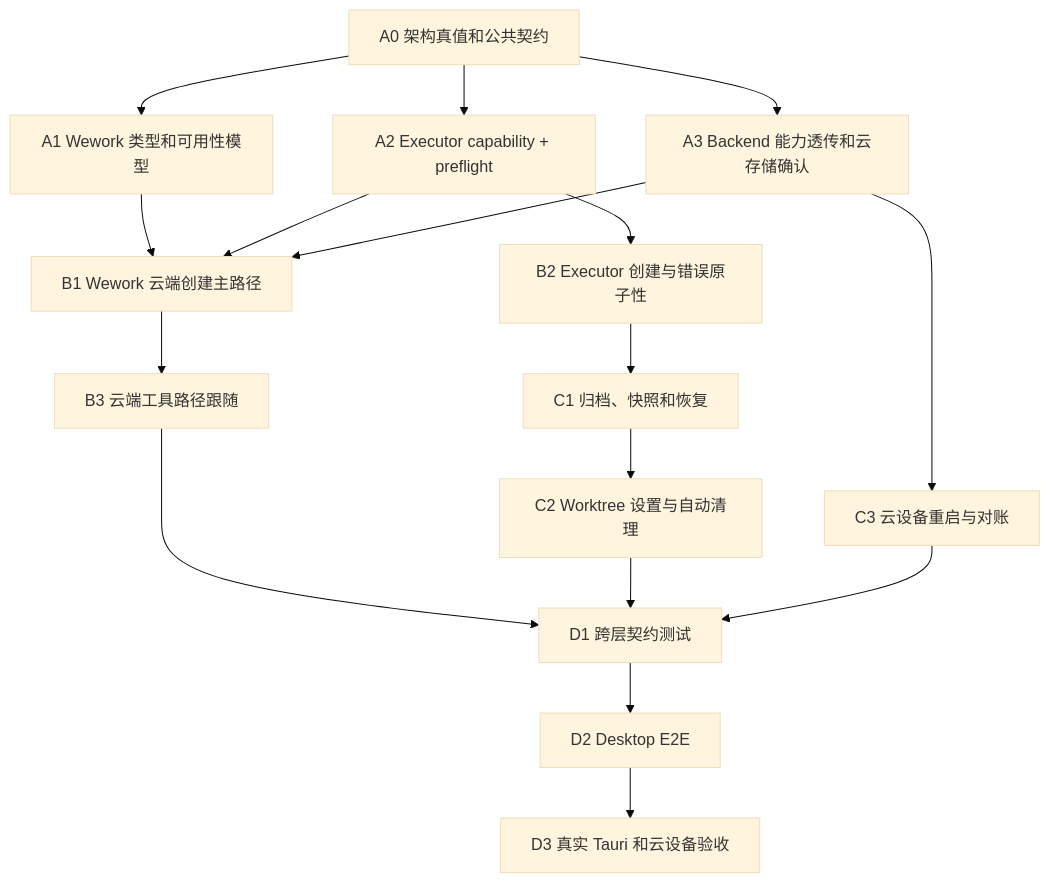
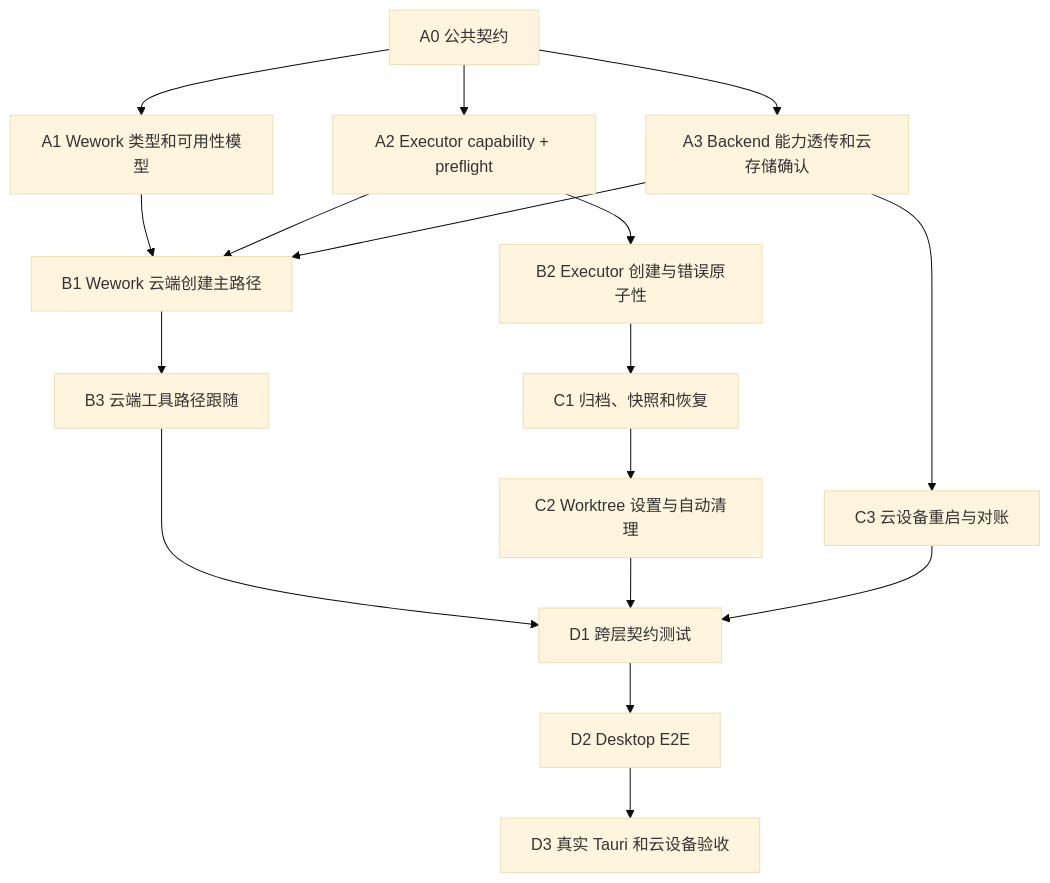
The second of 2 diagrams in i18n/zh/docusaurus-plugin-content-docs/current/wework/developer-guide/wework-cloud-git-worktree-parallel-development-plan.md (wecode-ai/wegent-docs), drawn with Mermaid (base theme) before and after one commit. The commit also changed other lines of this file and 47 other files, not shown here.

````diff
--- a/i18n/zh/docusaurus-plugin-content-docs/current/wework/developer-guide/wework-cloud-git-worktree-parallel-development-plan.md
+++ b/i18n/zh/docusaurus-plugin-content-docs/current/wework/developer-guide/wework-cloud-git-worktree-parallel-development-plan.md
@@ -140,36 +136,36 @@
 ```mermaid
 flowchart TD
-  A0["A0 架构真值和公共契约"]
+  A0["A0 公共契约"]
   A1["A1 Wework 类型和可用性模型"]
   A2["A2 Executor capability + preflight"]
   A3["A3 Backend 能力透传和云存储确认"]
 
   B1["B1 Wework 云端创建主路径"]
   B2["B2 Executor 创建与错误原子性"]
   B3["B3 云端工具路径跟随"]
 
   C1["C1 归档、快照和恢复"]
   C2["C2 Worktree 设置与自动清理"]
   C3["C3 云设备重启与对账"]
 
   D1["D1 跨层契约测试"]
   D2["D2 Desktop E2E"]
   D3["D3 真实 Tauri 和云设备验收"]
 
   A0 --> A1
   A0 --> A2
   A0 --> A3
   A1 --> B1
   A2 --> B1
   A2 --> B2
   A3 --> B1
   B1 --> B3
   B2 --> C1
   A3 --> C3
   C1 --> C2
   B3 --> D1
   C2 --> D1
   C3 --> D1
   D1 --> D2
   D2 --> D3
 ```
````
